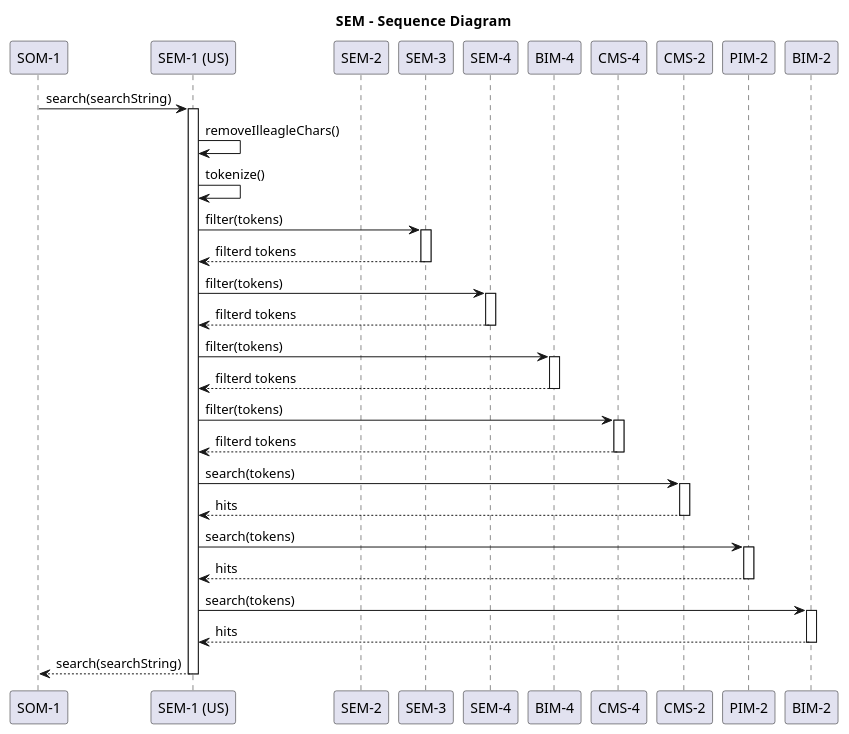
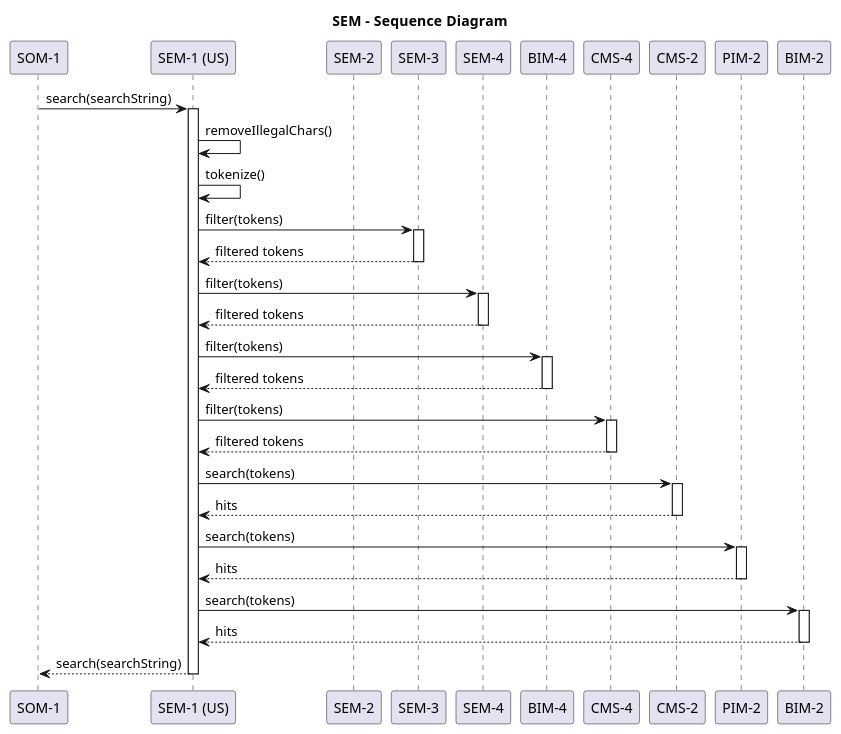
Before and after one commit to LangeHenrik/SDU-SE-F22: the diagram in src/main/java/dk/sdu/se_f22/searchmodule/infrastructure/diagrams/SequenceDiagramInfrastructure.puml, drawn with PlantUML.

Commit message:
spelling corrected in sequence diagram

```diff
--- a/src/main/java/dk/sdu/se_f22/searchmodule/infrastructure/diagrams/SequenceDiagramInfrastructure.puml
+++ b/src/main/java/dk/sdu/se_f22/searchmodule/infrastructure/diagrams/SequenceDiagramInfrastructure.puml
@@ -1,62 +1,62 @@
 @startuml
 title "SEM  - Sequence Diagram"
 
 
 participant "SOM-1"
 participant "SEM-1 (US)"
 participant "SEM-2"
 participant "SEM-3"
 participant "SEM-4"
 participant "BIM-4"
 participant "CMS-4"
 
 "SOM-1" -> "SEM-1 (US)" : search(searchString)
 
 activate "SEM-1 (US)"
-"SEM-1 (US)" -> "SEM-1 (US)" : removeIlleagleChars()
+"SEM-1 (US)" -> "SEM-1 (US)" : removeIllegalChars()
 "SEM-1 (US)" -> "SEM-1 (US)" : tokenize()
 
 
 "SEM-1 (US)" -> "SEM-3": filter(tokens)
 activate "SEM-3"
-"SEM-1 (US)" <-- "SEM-3" : filterd tokens
+"SEM-1 (US)" <-- "SEM-3" : filtered tokens
 deactivate "SEM-3"
 
 "SEM-1 (US)" -> "SEM-4":filter(tokens)
 activate "SEM-4"
-"SEM-1 (US)" <-- "SEM-4" : filterd tokens
+"SEM-1 (US)" <-- "SEM-4" : filtered tokens
 deactivate "SEM-4"
 
 "SEM-1 (US)" -> "BIM-4":filter(tokens)
 activate "BIM-4"
-"SEM-1 (US)" <-- "BIM-4" : filterd tokens
+"SEM-1 (US)" <-- "BIM-4" : filtered tokens
 deactivate "BIM-4"
 
 "SEM-1 (US)" -> "CMS-4":filter(tokens)
 activate "CMS-4"
-"SEM-1 (US)" <-- "CMS-4" : filterd tokens
+"SEM-1 (US)" <-- "CMS-4" : filtered tokens
 deactivate "CMS-4"
 
 participant "CMS-2"
 participant "PIM-2"
 participant "BIM-2"
 
 "SEM-1 (US)" -> "CMS-2": search(tokens)
 activate "CMS-2"
 "SEM-1 (US)" <-- "CMS-2" : hits
 deactivate "CMS-2"
 
 "SEM-1 (US)" -> "PIM-2": search(tokens)
 activate "PIM-2"
 "SEM-1 (US)" <-- "PIM-2" : hits
 deactivate "PIM-2"
 
 "SEM-1 (US)" -> "BIM-2": search(tokens)
 activate "BIM-2"
 "SEM-1 (US)" <-- "BIM-2" : hits
 deactivate "BIM-2"
 
 "SOM-1" <-- "SEM-1 (US)" : search(searchString)
 deactivate "SEM-1 (US)"
 
 @enduml
```
